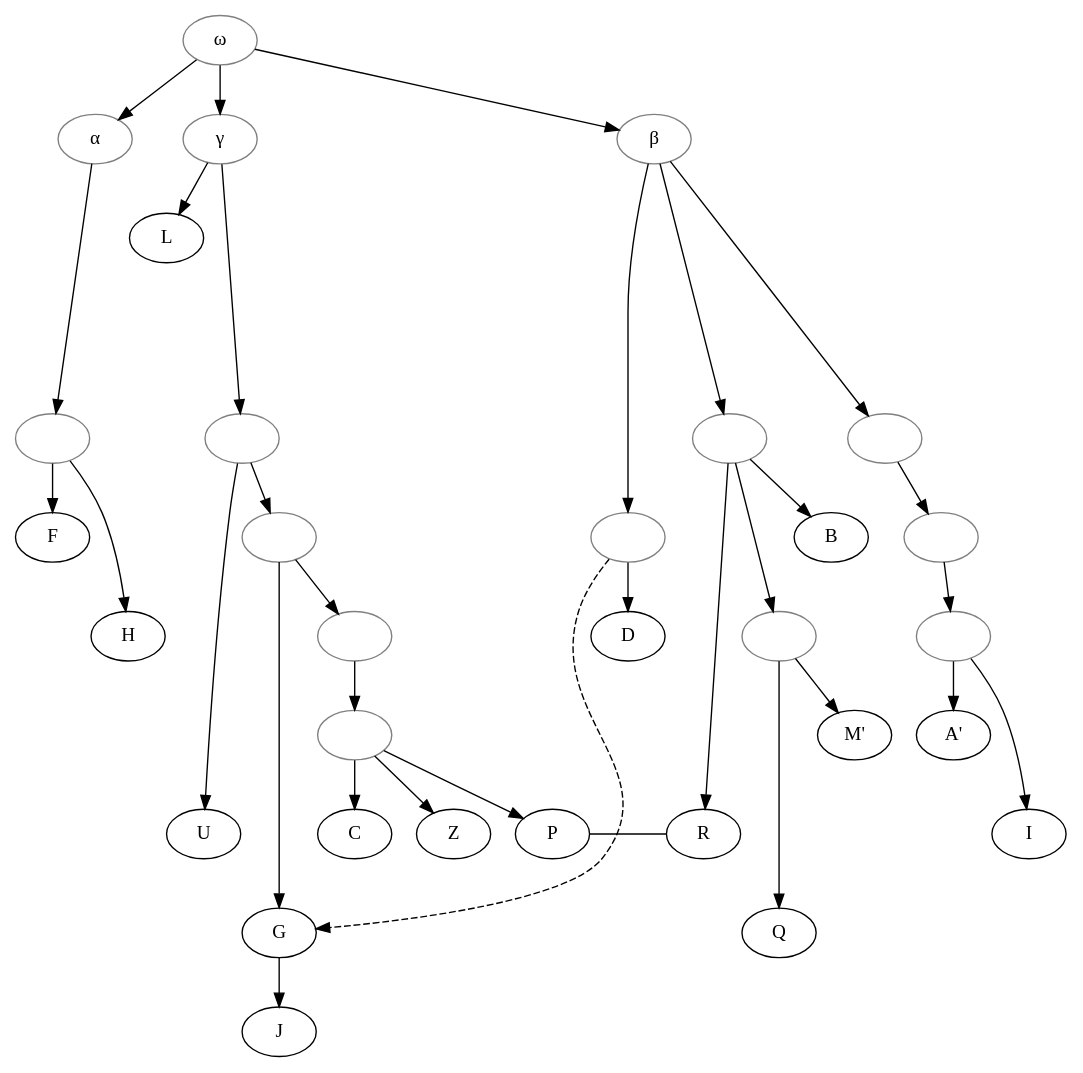
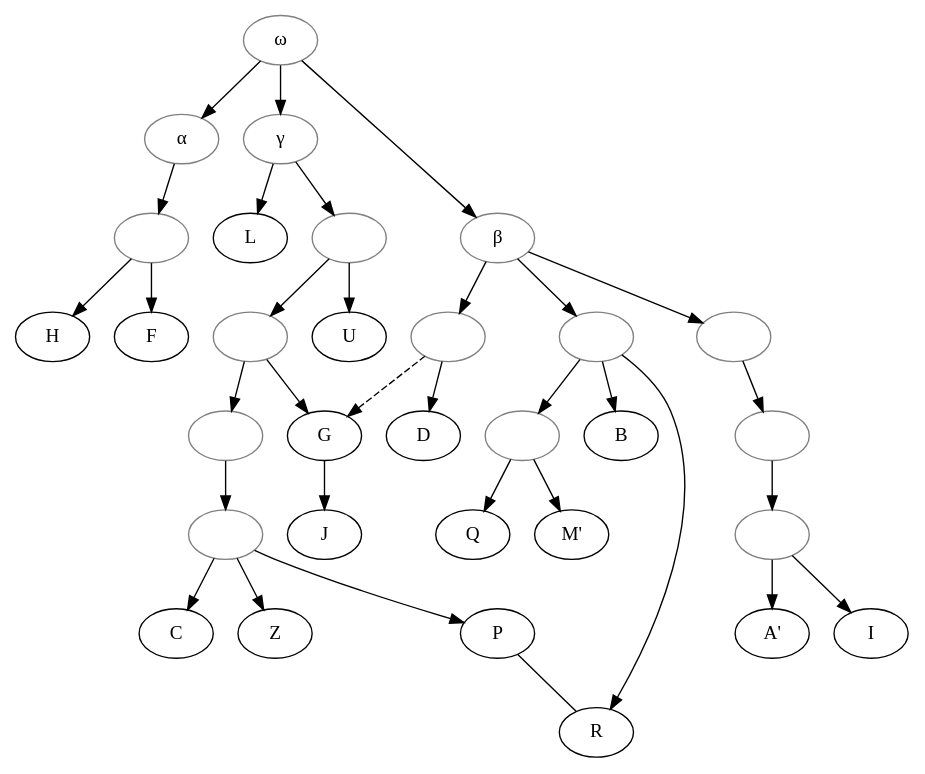
One commit to OpenStemmata/database changed the diagram in data/lat/Arnaud-Lindet_1990_OroseHistoriaadversumpaganos/stemma.gv. Above: the diagram before and after it, drawn with Graphviz.

```diff
--- a/data/lat/Arnaud-Lindet_1990_OroseHistoriaadversumpaganos/stemma.gv
+++ b/data/lat/Arnaud-Lindet_1990_OroseHistoriaadversumpaganos/stemma.gv
@@ -1,68 +1,68 @@
 digraph{
 
-omega-> alpha[minlen=1.5]
-omega -> gamma[minlen=1]
-omega-> beta[minlen=1.7]
-alpha -> 1[minlen=4]
-1-> F[weight=1000]
-1-> H[minlen=2]
+omega-> alpha;
+omega -> gamma;
+omega-> beta;
+alpha -> 1;
+1-> F;
+1-> H;
 gamma -> L 
-gamma-> 2[minlen=4]
-2 -> U[minlen=4.5]
-2 -> 3
-3-> G[minlen=4.5]
-3 -> 4
-4-> 5
-5 -> C[weight=9000]
-5-> Z
-5-> P
-beta-> 6[minlen=5]
-6-> D
-6 -> G [style=dashed,constraint=false]
-G-> J
-beta -> 7[minlen=4]
-7 -> R[minlen=4]
-P -> R[dir=none, constraint=false]
-7-> 8[minlen=2]
-8-> Q[minlen=3]
-8-> Mprime
-7-> B
-beta->9[minlen=4]
-9->10
-10 ->11
-11->Aprime
-11-> I[minlen=2]
+gamma-> 2;
+2 -> U;
+2 -> 3;
+3-> G;
+3 -> 4;
+4-> 5;
+5 -> C;
+5-> Z;
+5-> P;
+beta-> 6;
+6-> D;
+6 -> G [style=dashed];
+G-> J;
+beta -> 7;
+7 -> R;
+P -> R[dir=none];
+7-> 8;
+8-> Q;
+8-> Mprime;
+7-> B;
+beta->9;
+9->10;
+10 ->11;
+11->Aprime;
+11-> I;
 
 
-omega[label = "ω", color="grey"]
-alpha[label = "α", color="grey"]
-gamma[label = "γ", color="grey"]
-beta[label = "β", color="grey"]
-F[label = "F"]
-H[label = "H"]
-U[label = "U"]
-G[label = "G"]
-J[label = "J"]
-C[label = "C"]
-Z[label = "Z"]
-P[label = "P"]
-R[label = "R"]
-D[label = "D"]
-B[label = "B"]
-Aprime[label = "A'"]
-Mprime[label = "M'"]
-I[label = "I"]
-1[label = "", color="grey"]
-2[label = "", color="grey"]
-3[label = "", color="grey"]
-4[label = "", color="grey"]
-5[label = "", color="grey"]
-6[label = "", color="grey"]
-7[label = "", color="grey"]
-8[label = "", color="grey"]
-9[label = "", color="grey"]
-10[label = "", color="grey"]
-11[label = "", color="grey"]
-graph [style=invis, splines=true];
+omega[label = "ω", color="grey"];
+alpha[label = "α", color="grey"];
+gamma[label = "γ", color="grey"];
+beta[label = "β", color="grey"];
+F[label = "F"];
+H[label = "H"];
+U[label = "U"];
+G[label = "G"];
+J[label = "J"];
+C[label = "C"];
+Z[label = "Z"];
+P[label = "P"];
+R[label = "R"];
+D[label = "D"];
+B[label = "B"];
+Aprime[label = "A'"];
+Mprime[label = "M'"];
+I[label = "I"];
+1[label = "", color="grey"];
+2[label = "", color="grey"];
+3[label = "", color="grey"];
+4[label = "", color="grey"];
+5[label = "", color="grey"];
+6[label = "", color="grey"];
+7[label = "", color="grey"];
+8[label = "", color="grey"];
+9[label = "", color="grey"];
+10[label = "", color="grey"];
+11[label = "", color="grey"];
+
 
 }
```
